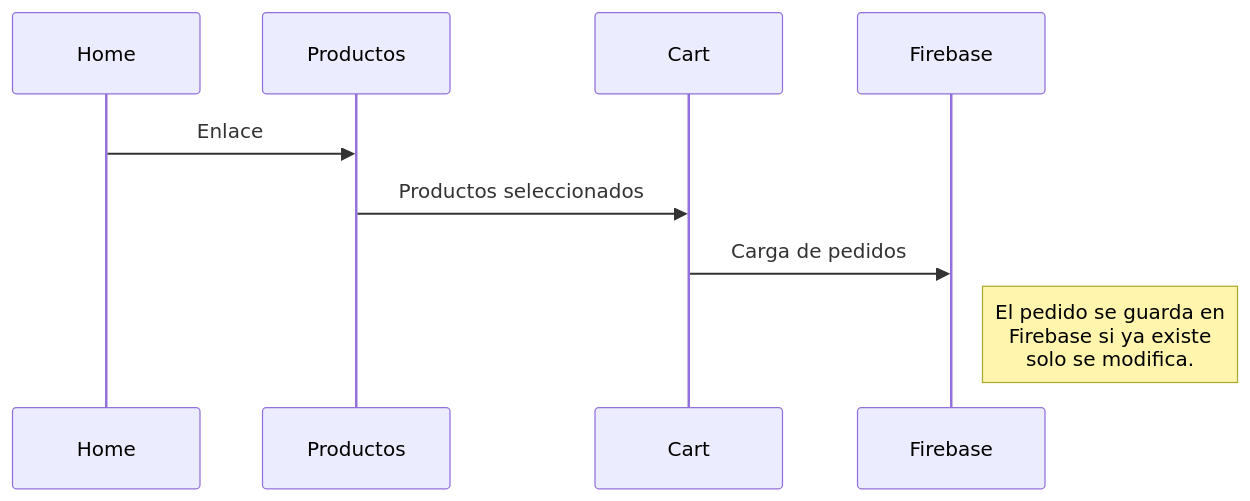
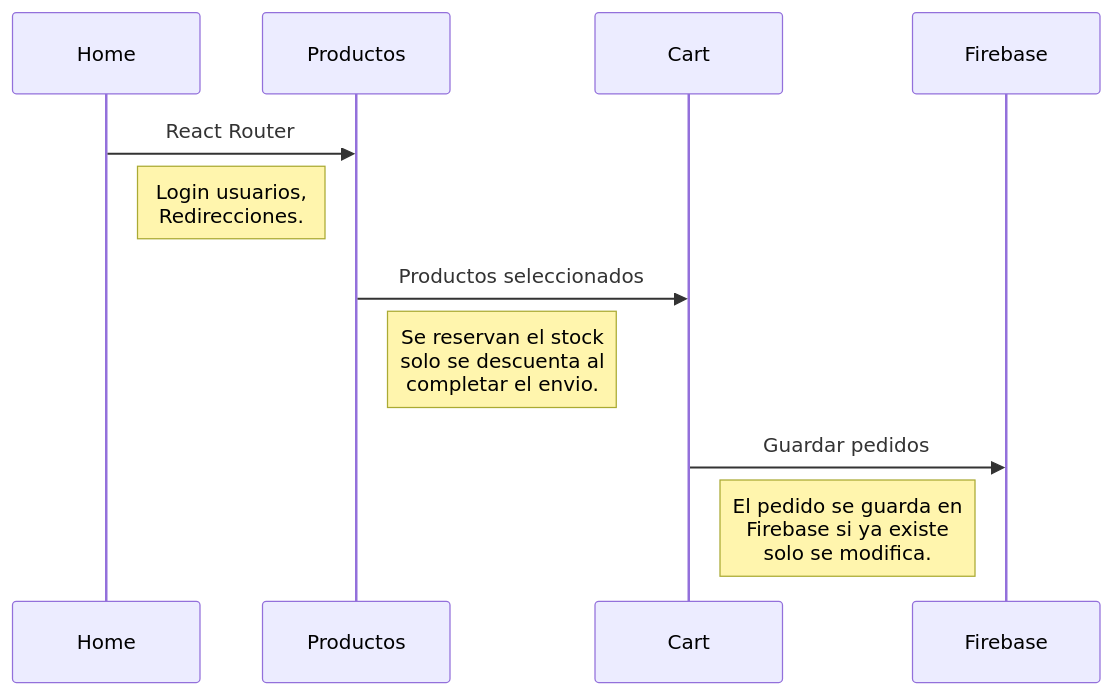
The first of 2 diagrams in readme2.md (subofer/CursoReact), drawn with Mermaid before and after one commit. The commit also changed other lines of this file and 12 other files, not shown here.

Commit message:
cart widget muestra id del pedido

````diff
--- a/readme2.md
+++ b/readme2.md
@@ -74,8 +33,11 @@
 ```mermaid
 sequenceDiagram
-Home->> Productos: Enlace
+Home->> Productos: React Router
+Note right of Home: Login usuarios, <br/> Redirecciones.
+
 Productos->>Cart: Productos seleccionados
-Cart->> Firebase: Carga de pedidos
-Note right of Firebase: El pedido se guarda en<br/>Firebase si ya existe<br/>solo se modifica.
+Note right of Productos: Se reservan el stock<br/>solo se descuenta al<br/>completar el envio.
 
+Cart->> Firebase: Guardar pedidos
+Note right of Cart: El pedido se guarda en<br/>Firebase si ya existe<br/>solo se modifica.
 ```
````
